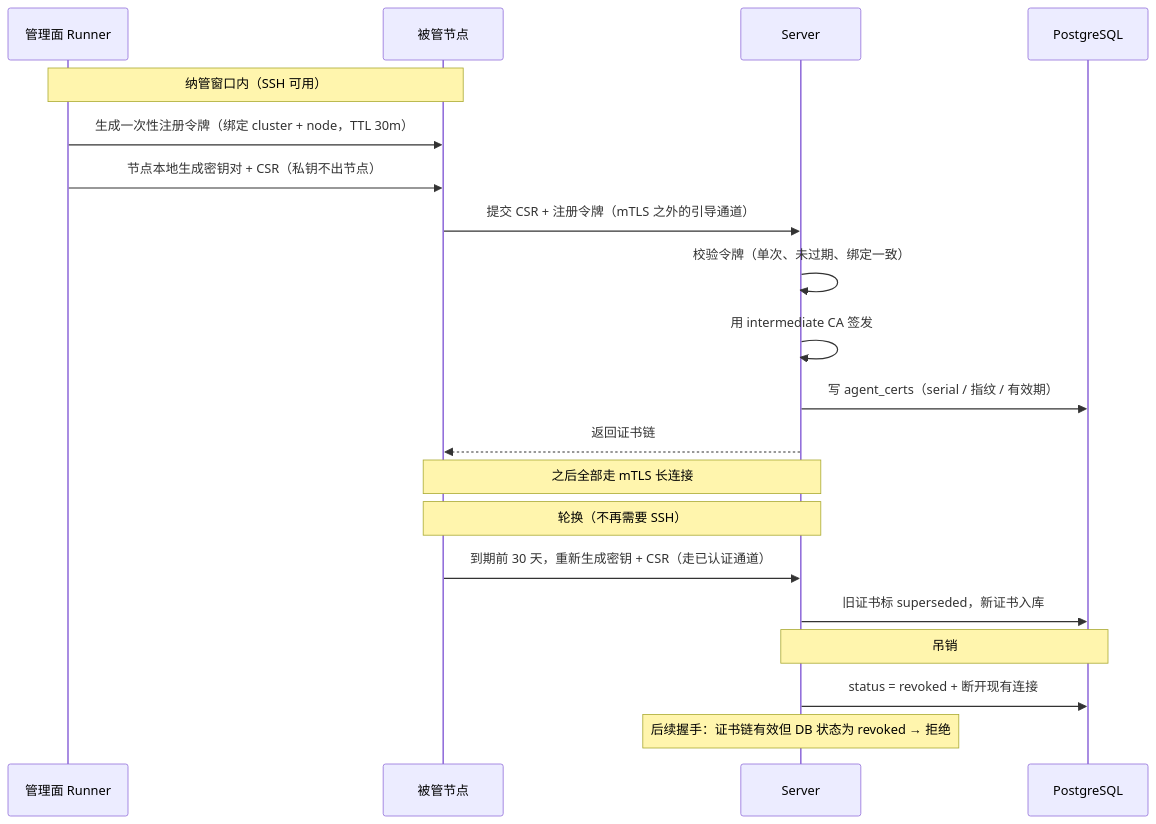
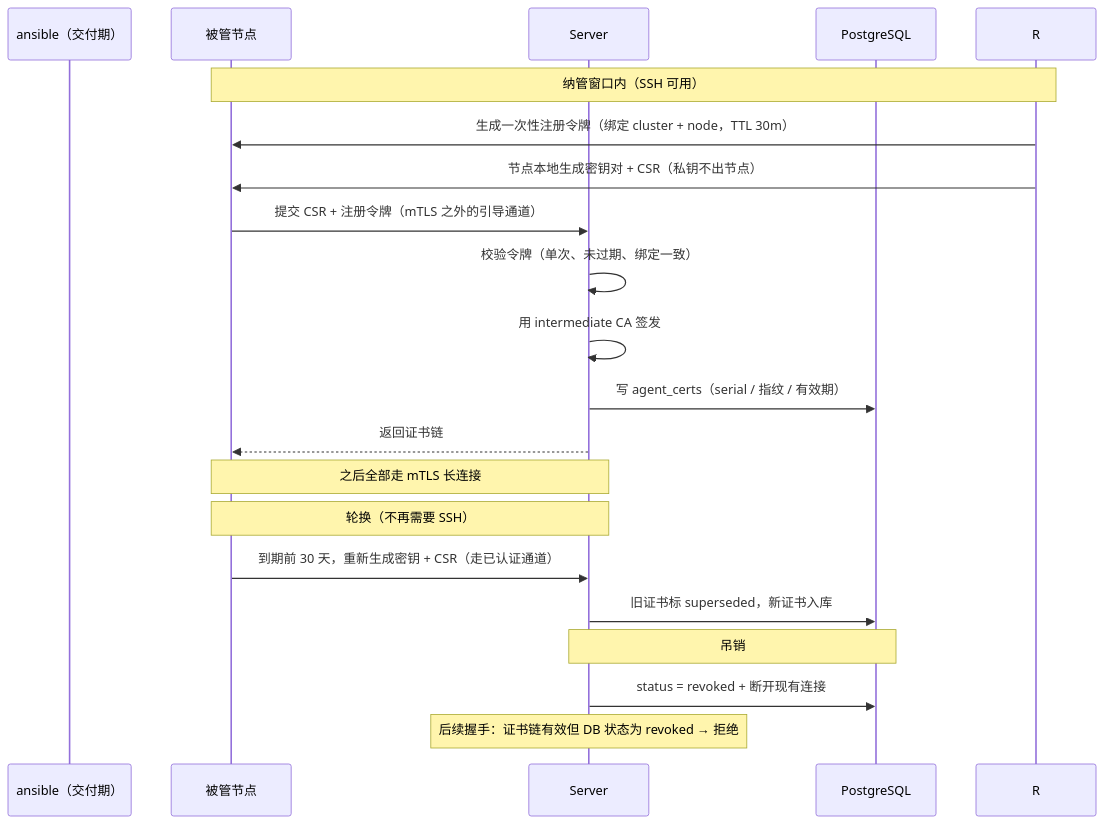
One commit to lnsyyj/winter changed the diagram in docs/02-研发线/04-架构师/ADR-28-Agent证书体系.md. Above: the diagram before and after it, drawn with Mermaid. The commit also changed 17 other files, not shown here.

````diff
--- a/docs/02-研发线/04-架构师/ADR-28-Agent证书体系.md
+++ b/docs/02-研发线/04-架构师/ADR-28-Agent证书体系.md
@@ -42,25 +42,25 @@
 ```mermaid
 sequenceDiagram
-    participant R as 管理面 Runner
+    participant AN as ansible（交付期）
     participant N as 被管节点
     participant S as Server
     participant DB as PostgreSQL
 
     Note over R,N: 纳管窗口内（SSH 可用）
     R->>N: 生成一次性注册令牌（绑定 cluster + node，TTL 30m）
     R->>N: 节点本地生成密钥对 + CSR（私钥不出节点）
     N->>S: 提交 CSR + 注册令牌（mTLS 之外的引导通道）
     S->>S: 校验令牌（单次、未过期、绑定一致）
     S->>S: 用 intermediate CA 签发
     S->>DB: 写 agent_certs（serial / 指纹 / 有效期）
     S-->>N: 返回证书链
     Note over N,S: 之后全部走 mTLS 长连接
 
     Note over N,S: 轮换（不再需要 SSH）
     N->>S: 到期前 30 天，重新生成密钥 + CSR（走已认证通道）
     S->>DB: 旧证书标 superseded，新证书入库
 
     Note over S,DB: 吊销
     S->>DB: status = revoked + 断开现有连接
     Note over S: 后续握手：证书链有效但 DB 状态为 revoked → 拒绝
 ```
````
